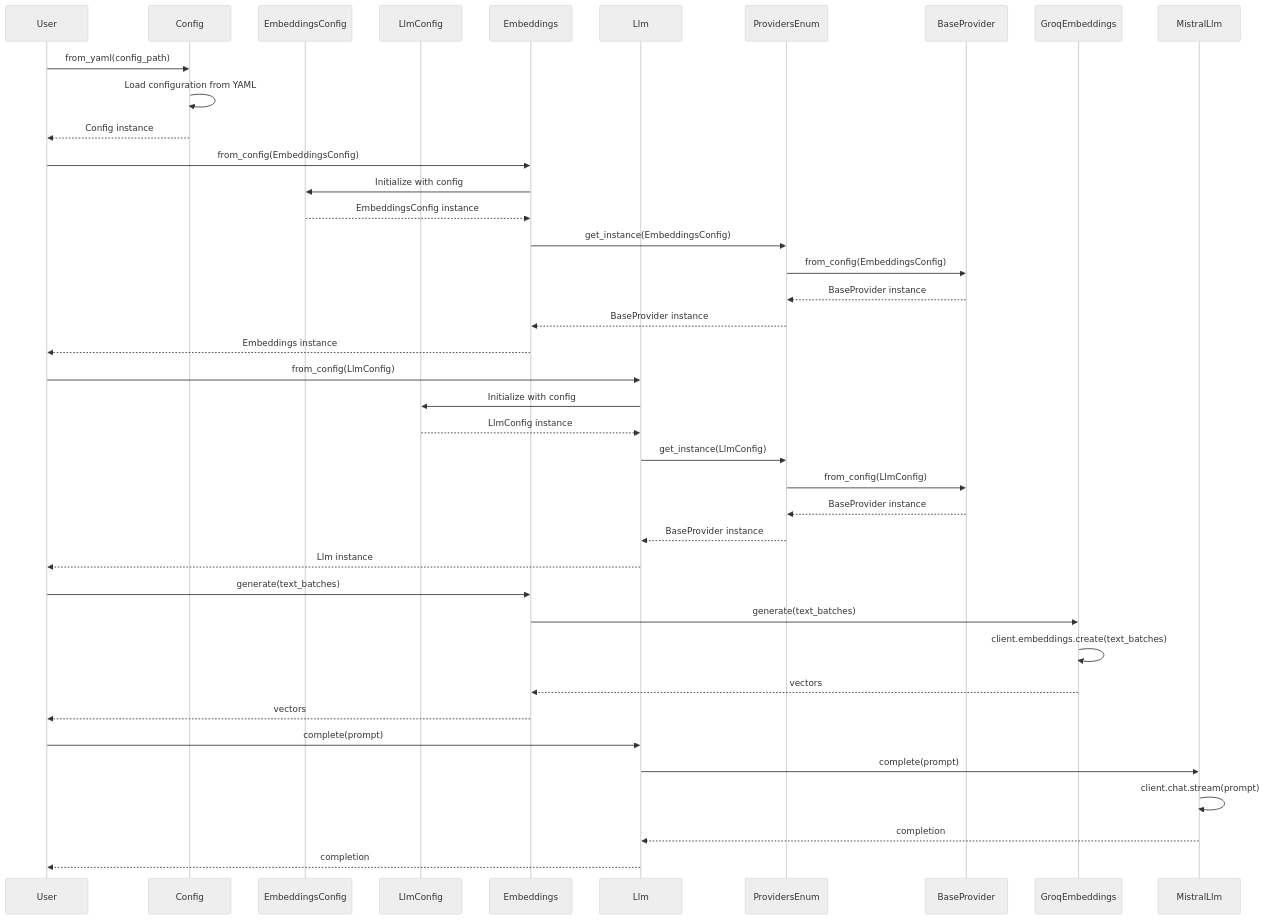
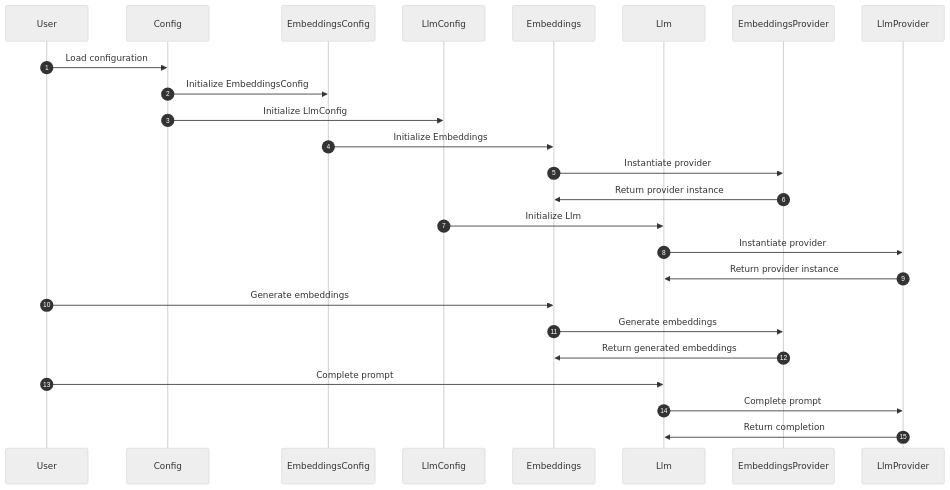
Before and after one commit to BrunoV21/AiCore: the second of 2 diagrams in README.md, drawn with Mermaid (neutral theme). The commit also changed other lines of this file, not shown here.

````diff
--- a/README.md
+++ b/README.md
@@ -307,47 +227,32 @@
 ```mermaid
 sequenceDiagram
+    autonumber
     participant User
     participant Config
     participant EmbeddingsConfig
     participant LlmConfig
     participant Embeddings
     participant Llm
-    participant ProvidersEnum
-    participant BaseProvider
-    participant GroqEmbeddings
-    participant MistralLlm
+    participant EmbeddingsProvider
+    participant LlmProvider
 
-    User->>Config: from_yaml(config_path)
-    Config->>Config: Load configuration from YAML
-    Config-->>User: Config instance
+    User->>Config: Load configuration
+    Config->>EmbeddingsConfig: Initialize EmbeddingsConfig
+    Config->>LlmConfig: Initialize LlmConfig
 
-    User->>Embeddings: from_config(EmbeddingsConfig)
-    Embeddings->>EmbeddingsConfig: Initialize with config
-    EmbeddingsConfig-->>Embeddings: EmbeddingsConfig instance
-    Embeddings->>ProvidersEnum: get_instance(EmbeddingsConfig)
-    ProvidersEnum->>BaseProvider: from_config(EmbeddingsConfig)
-    BaseProvider-->>ProvidersEnum: BaseProvider instance
-    ProvidersEnum-->>Embeddings: BaseProvider instance
-    Embeddings-->>User: Embeddings instance
+    EmbeddingsConfig->>Embeddings: Initialize Embeddings
+    Embeddings->>EmbeddingsProvider: Instantiate provider
+    EmbeddingsProvider->>Embeddings: Return provider instance
 
-    User->>Llm: from_config(LlmConfig)
-    Llm->>LlmConfig: Initialize with config
-    LlmConfig-->>Llm: LlmConfig instance
-    Llm->>ProvidersEnum: get_instance(LlmConfig)
-    ProvidersEnum->>BaseProvider: from_config(LlmConfig)
-    BaseProvider-->>ProvidersEnum: BaseProvider instance
-    ProvidersEnum-->>Llm: BaseProvider instance
-    Llm-->>User: Llm instance
+    LlmConfig->>Llm: Initialize Llm
+    Llm->>LlmProvider: Instantiate provider
+    LlmProvider->>Llm: Return provider instance
 
-    User->>Embeddings: generate(text_batches)
-    Embeddings->>GroqEmbeddings: generate(text_batches)
-    GroqEmbeddings->>GroqEmbeddings: client.embeddings.create(text_batches)
-    GroqEmbeddings-->>Embeddings: vectors
-    Embeddings-->>User: vectors
+    User->>Embeddings: Generate embeddings
+    Embeddings->>EmbeddingsProvider: Generate embeddings
+    EmbeddingsProvider->>Embeddings: Return generated embeddings
 
-    User->>Llm: complete(prompt)
-    Llm->>MistralLlm: complete(prompt)
-    MistralLlm->>MistralLlm: client.chat.stream(prompt)
-    MistralLlm-->>Llm: completion
-    Llm-->>User: completion
+    User->>Llm: Complete prompt
+    Llm->>LlmProvider: Complete prompt
+    LlmProvider->>Llm: Return completion
 ```
````
